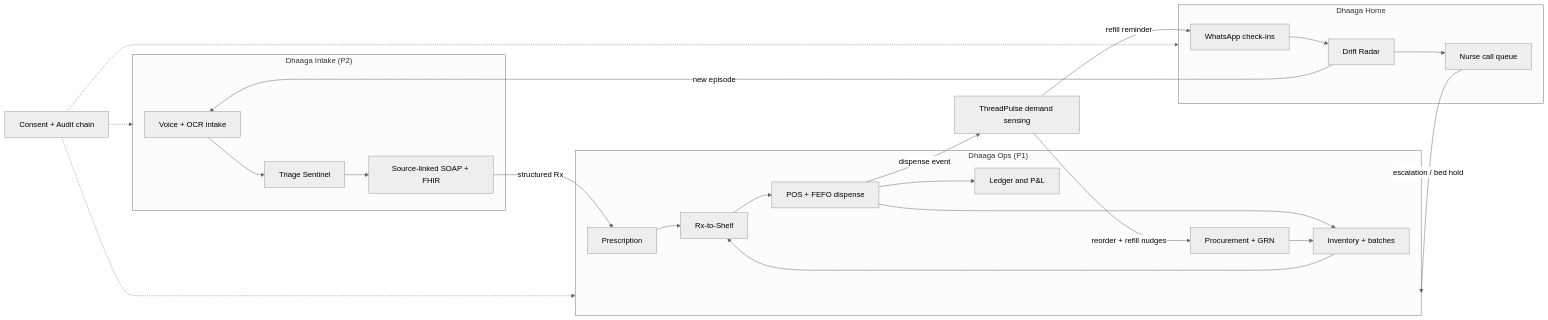
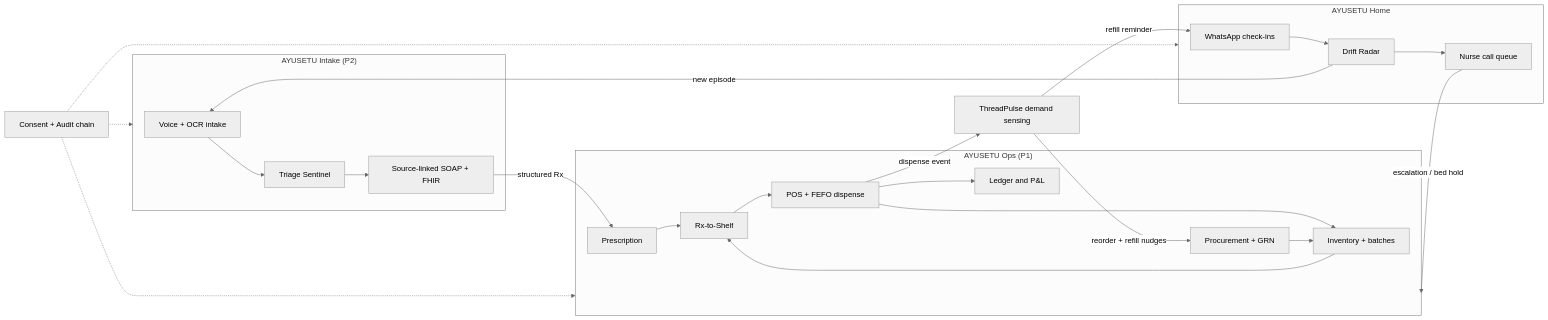
One commit to potlasrisharan/hackshift-sudarshan changed the first of 2 diagrams in docs/PRD.md. Above: the diagram before and after it, drawn with Mermaid (neutral theme). The commit also changed other lines of this file and 655 other files, not shown here.

````diff
--- a/docs/PRD.md
+++ b/docs/PRD.md
@@ -147,28 +147,28 @@
 ```mermaid
 flowchart LR
-    subgraph INTAKE["Dhaaga Intake (P2)"]
+    subgraph INTAKE["AYUSETU Intake (P2)"]
         V["Voice + OCR intake"] --> S["Triage Sentinel"]
         S --> SOAP["Source-linked SOAP + FHIR"]
     end
-    subgraph OPS["Dhaaga Ops (P1)"]
+    subgraph OPS["AYUSETU Ops (P1)"]
         RX["Prescription"] --> R2S["Rx-to-Shelf"]
         R2S --> POS["POS + FEFO dispense"]
         POS --> LED["Ledger and P&L"]
         INV["Inventory + batches"] --> R2S
         POS --> INV
         PO["Procurement + GRN"] --> INV
     end
-    subgraph HOME["Dhaaga Home"]
+    subgraph HOME["AYUSETU Home"]
         WA["WhatsApp check-ins"] --> DR["Drift Radar"]
         DR --> Q["Nurse call queue"]
     end
     SOAP -->|"structured Rx"| RX
     POS -->|"dispense event"| TP["ThreadPulse demand sensing"]
     TP -->|"reorder + refill nudges"| PO
     TP -->|"refill reminder"| WA
     Q -->|"escalation / bed hold"| OPS
     DR -->|"new episode"| V
     CONS["Consent + Audit chain"] -.-> INTAKE
     CONS -.-> OPS
     CONS -.-> HOME
 ```
````
